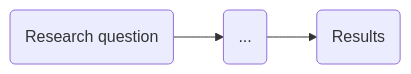
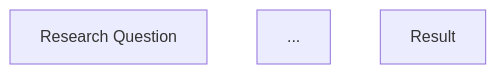
The second of 3 diagrams in chapters/exercise-modules.qmd (libscie/docs.researchequals.com), drawn with Mermaid before and after one commit. The commit also changed other lines of this file, not shown here.

````diff
--- a/chapters/exercise-modules.qmd
+++ b/chapters/exercise-modules.qmd
@@ -20,5 +21,5 @@
 ```{mermaid}
 flowchart LR
-    A(Research question) --> C(...)
-    C --> B(Results)
+    A[Research Question] ~~~ B[...]
+    B ~~~ C[Result]
 ```
````
